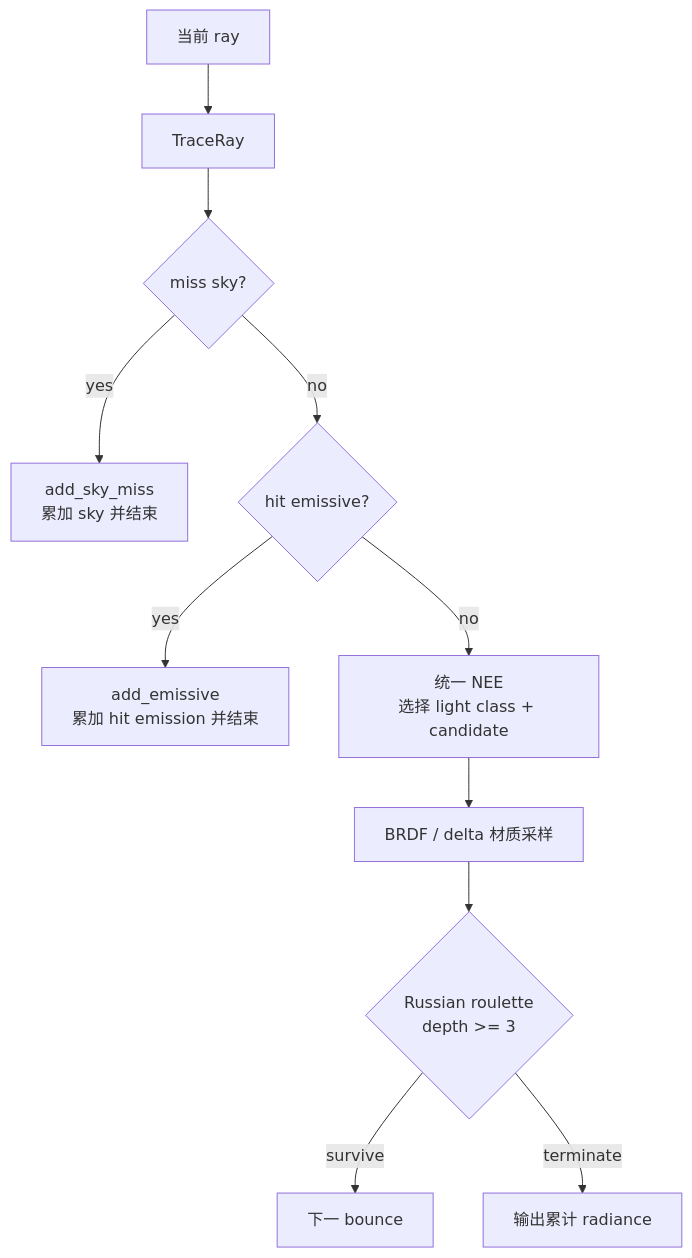
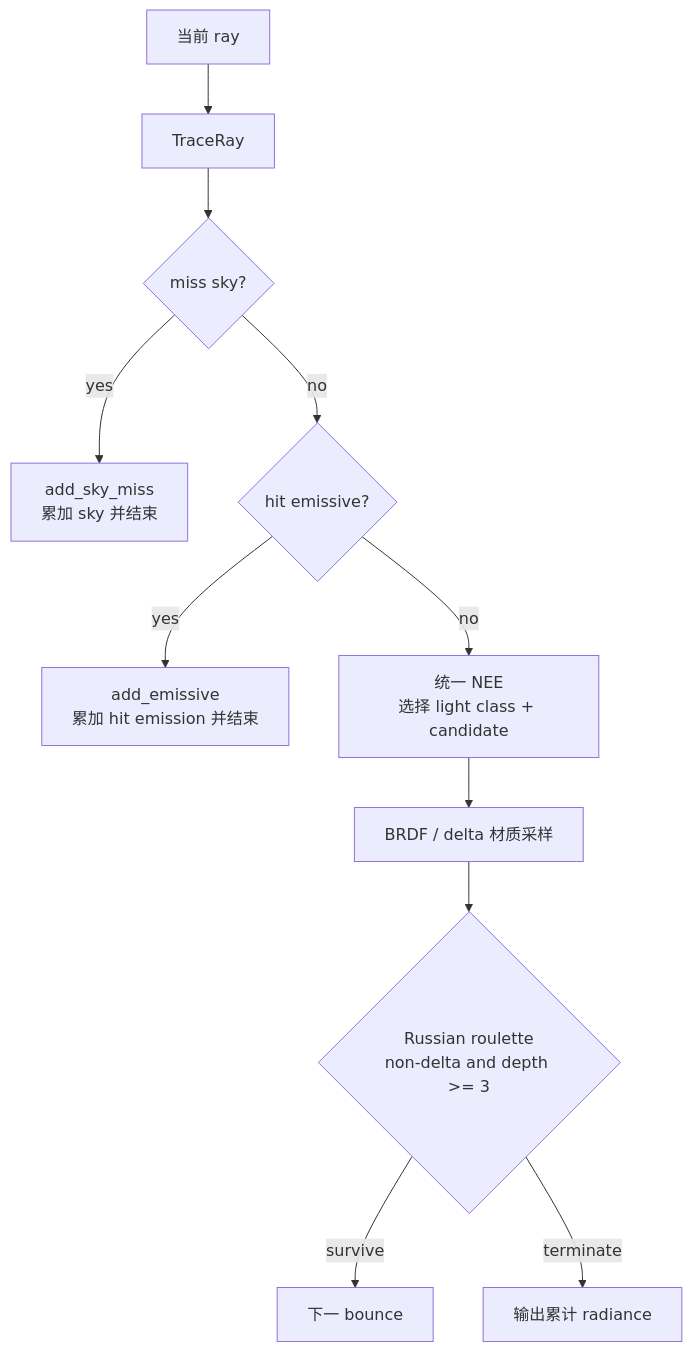
One commit to acccoco/TruvisRenderer changed the diagram in docs/summaries/realtime-rt-raytracing-flow.md. Above: the diagram before and after it, drawn with Mermaid. The commit also changed other lines of this file and 11 other files, not shown here.

````diff
--- a/docs/summaries/realtime-rt-raytracing-flow.md
+++ b/docs/summaries/realtime-rt-raytracing-flow.md
@@ -53,13 +54,13 @@
 ```mermaid
 flowchart TD
     Ray["当前 ray"] --> Trace["TraceRay"]
     Trace --> Miss{"miss sky?"}
     Miss -- yes --> Sky["add_sky_miss<br/>累加 sky 并结束"]
     Miss -- no --> Emissive{"hit emissive?"}
     Emissive -- yes --> HitLight["add_emissive<br/>累加 hit emission 并结束"]
     Emissive -- no --> UnifiedNee["统一 NEE<br/>选择 light class + candidate"]
     UnifiedNee --> Brdf["BRDF / delta 材质采样"]
-    Brdf --> RR{"Russian roulette<br/>depth >= 3"}
+    Brdf --> RR{"Russian roulette<br/>non-delta and depth >= 3"}
     RR -- survive --> Next["下一 bounce"]
     RR -- terminate --> Output["输出累计 radiance"]
 ```
````
